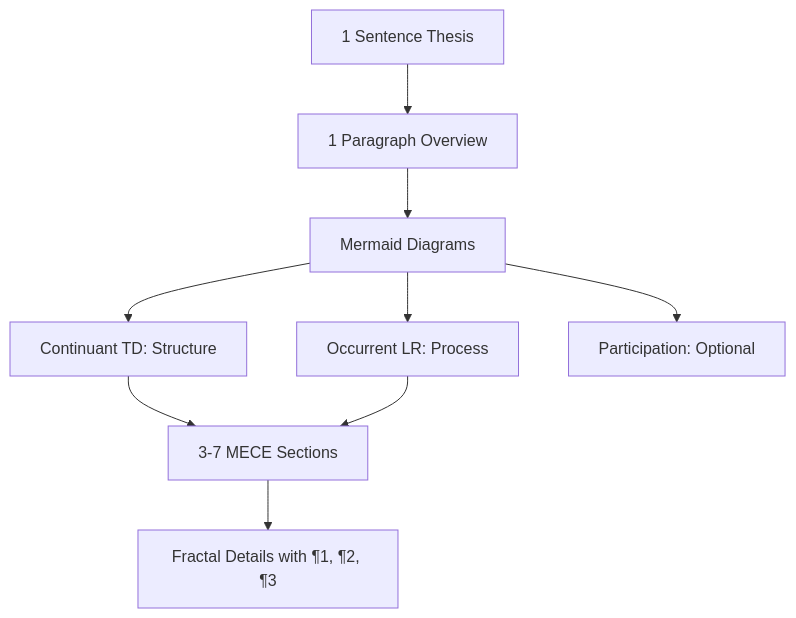
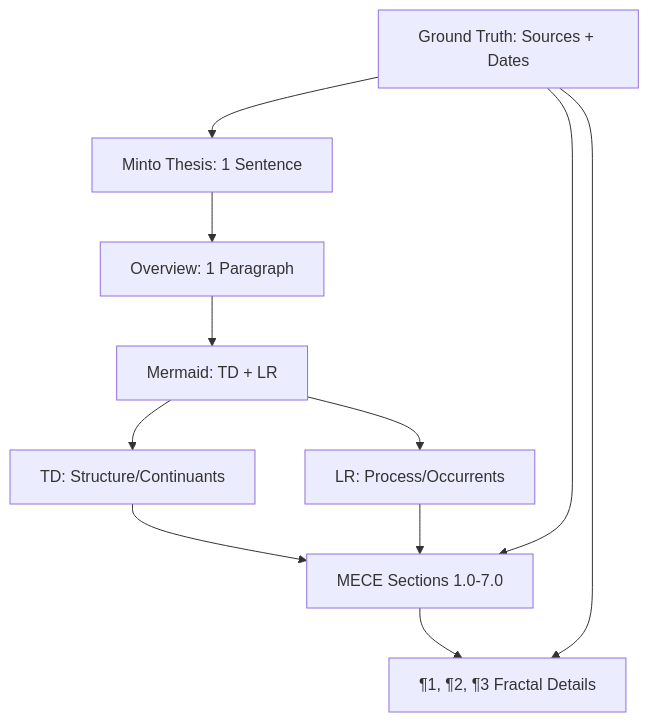
The diagram in skills/knowledge-framework/SKILL.md (tekliner/improvado-agentic-frameworks-and-skills), drawn with Mermaid before and after one commit. The commit also changed other lines of this file, not shown here.

First line of the commit message:
feat(knowledge-framework): Add Ground Truth to Mermaid diagram, improve clarity

````diff
--- a/skills/knowledge-framework/SKILL.md
+++ b/skills/knowledge-framework/SKILL.md
@@ -9,14 +11,17 @@
 ```mermaid
 graph TD
-    Thesis[1 Sentence Thesis] --> Overview[1 Paragraph Overview]
-    Overview --> Diagrams[Mermaid Diagrams]
+    Thesis[Minto Thesis: 1 Sentence] --> Overview[Overview: 1 Paragraph]
+    Overview --> Diagrams[Mermaid: TD + LR]
 
-    Diagrams --> ContinuantDiagram[Continuant TD: Structure]
-    Diagrams --> OccurrentDiagram[Occurrent LR: Process]
-    Diagrams --> ParticipationDiagram[Participation: Optional]
+    Diagrams --> TD[TD: Structure/Continuants]
+    Diagrams --> LR[LR: Process/Occurrents]
 
-    ContinuantDiagram --> Sections[3-7 MECE Sections]
-    OccurrentDiagram --> Sections
+    TD --> MECE[MECE Sections 1.0-7.0]
+    LR --> MECE
 
-    Sections --> Details[Fractal Details with ¶1, ¶2, ¶3]
+    MECE --> Details[¶1, ¶2, ¶3 Fractal Details]
+
+    GroundTruth[Ground Truth: Sources + Dates] --> Thesis
+    GroundTruth --> MECE
+    GroundTruth --> Details
 ```
````
